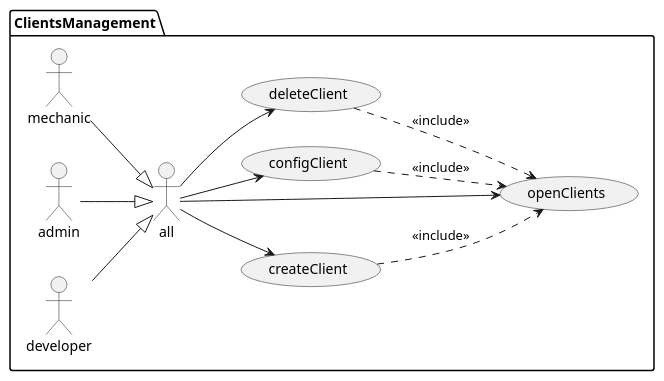
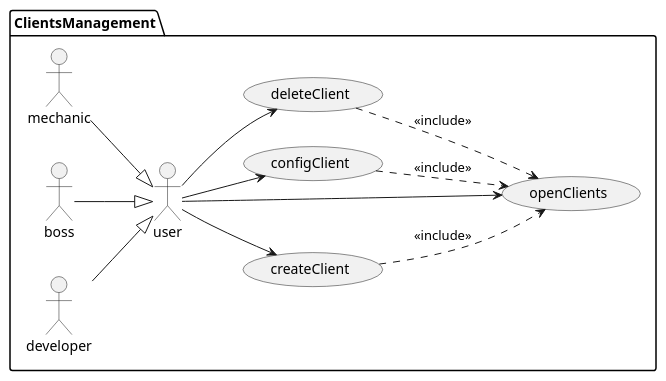
The diagram in documentation/1usecasesview/usecases/puml/clientUsecases.puml (Ruskab/agrimManager), drawn with PlantUML before and after one commit. The commit also changed 20 other files, not shown here.

```diff
--- a/documentation/1usecasesview/usecases/puml/clientUsecases.puml
+++ b/documentation/1usecasesview/usecases/puml/clientUsecases.puml
@@ -1,19 +1,19 @@
 @startuml
 
 left to right direction
 
 package ClientsManagement {
-:mechanic: --|> :all:
-:admin: --|> :all:
-:developer: --|> :all:
+:mechanic: --|> :user:
+:boss: --|> :user:
+:developer: --|> :user:
 
-:all: --> (createClient)
+:user: --> (createClient)
 (createClient) ..> (openClients) : <<include>>
-:all: --> (configClient)
+:user: --> (configClient)
 (configClient) ..> (openClients) : <<include>>
-:all: --> (deleteClient)
+:user: --> (deleteClient)
 (deleteClient) ..> (openClients) : <<include>>
-:all: --> (openClients)
+:user: --> (openClients)
 }
 
 @enduml
```
